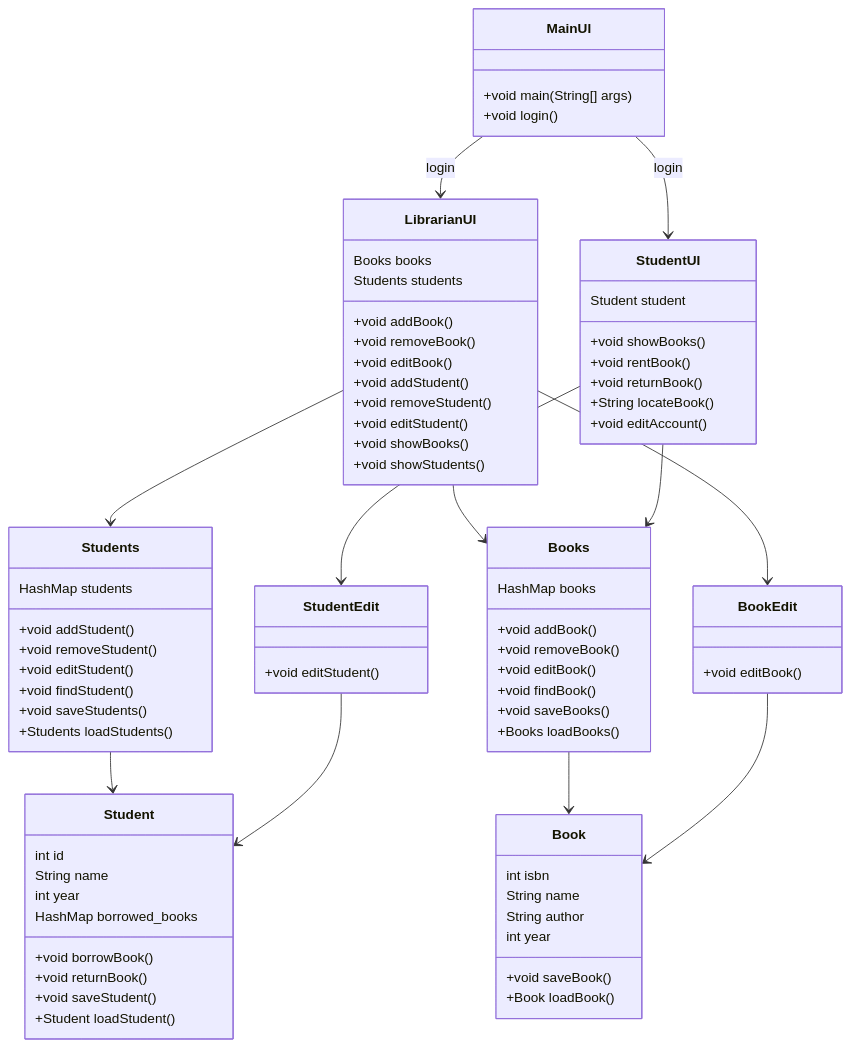
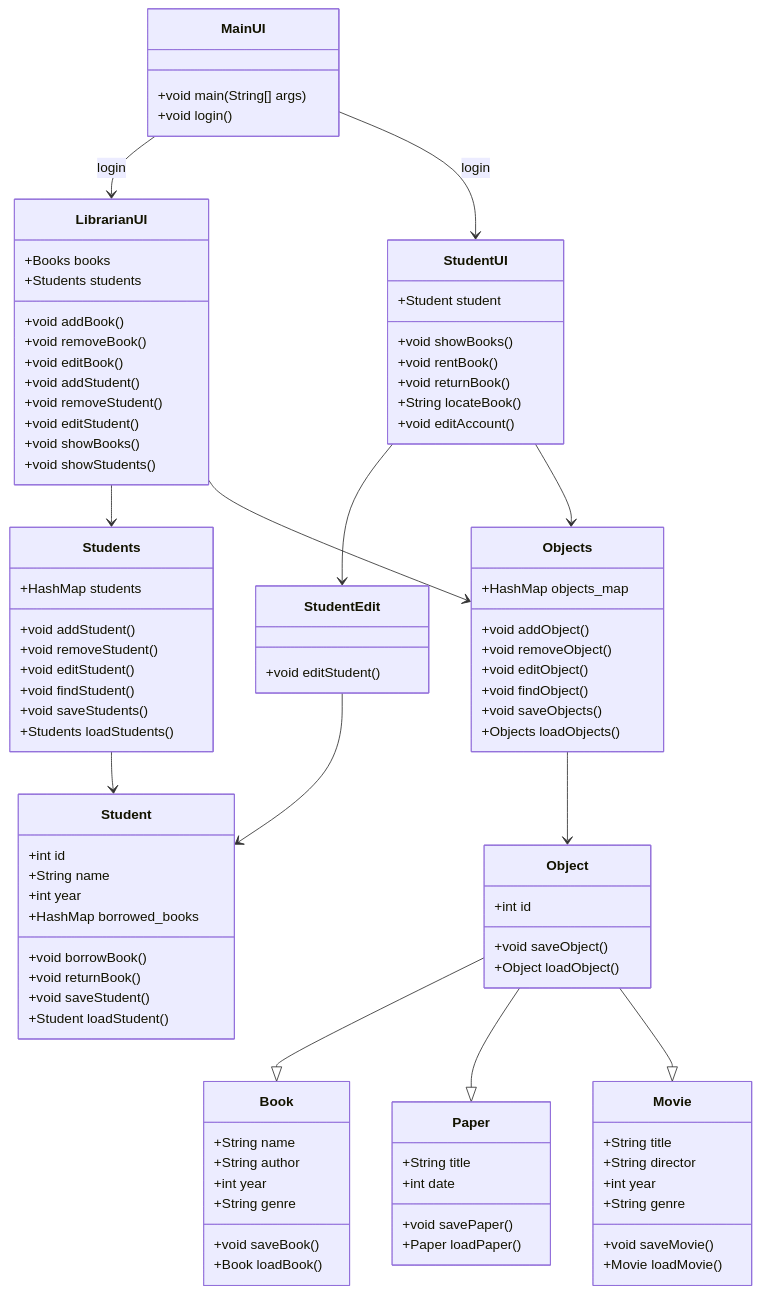
One commit to PatrykFlama/LibrarySystem changed the diagram in README.md. Above: the diagram before and after it, drawn with Mermaid. The commit also changed other lines of this file, not shown here.

````diff
--- a/README.md
+++ b/README.md
@@ -8,22 +12,23 @@
     MainUI --> LibrarianUI : login
     MainUI --> StudentUI : login
     LibrarianUI --> Students
-    LibrarianUI --> Books
-    Books --> Book
     StudentUI --> StudentEdit
-    StudentUI --> Books
     Students --> Student
     StudentEdit --> Student
-    LibrarianUI --> BookEdit
-    BookEdit --> Book
+    StudentUI --> Objects
+    LibrarianUI --> Objects
+    Objects --> Object
+    Object --|> Book
+    Object --|> Paper
+    Object --|> Movie
 
     class MainUI{
         +void main(String[] args)
         +void login()
     }
     class LibrarianUI{
-        Books books
-        Students students
+        +Books books
+        +Students students
 
         +void addBook()
         +void removeBook()
@@ -35,7 +40,7 @@
         +void showStudents()
     }
     class StudentUI{
-        Student student
+        +Student student
 
         +void showBooks()
         +void rentBook()
@@ -44,7 +49,7 @@
         +void editAccount()
     }
     class Students{
-        HashMap students
+        +HashMap students
 
         +void addStudent()
         +void removeStudent()
@@ -55,10 +60,10 @@
         +Students loadStudents()
     }
     class Student{
-        int id
-        String name
-        int year
-        HashMap borrowed_books
+        +int id
+        +String name
+        +int year
+        +HashMap borrowed_books
 
         +void borrowBook()
         +void returnBook()
@@ -66,30 +71,49 @@
         +void saveStudent()
         +Student loadStudent()
     }
-    class Books{
-        HashMap books
+    class StudentEdit{
+        +void editStudent()
+    }
+    class Objects{
+        +HashMap objects_map
 
-        +void addBook()
-        +void removeBook()
-        +void editBook()
-        +void findBook()
+        +void addObject()
+        +void removeObject()
+        +void editObject()
+        +void findObject()
 
-        +void saveBooks()
-        +Books loadBooks()
+        +void saveObjects()
+        +Objects loadObjects()
+    }
+    class Object{
+        +int id
+
+        +void saveObject()
+        +Object loadObject()
     }
     class Book{
-        int isbn
-        String name
-        String author
-        int year
+        +String name
+        +String author
+        +int year
+        +String genre
 
         +void saveBook()
         +Book loadBook()
     }
-    class StudentEdit{
-        +void editStudent()
+    class Paper{
+        +String title
+        +int date
+
+        +void savePaper()
+        +Paper loadPaper()
     }
-    class BookEdit{
-        +void editBook()
+    class Movie{
+        +String title
+        +String director
+        +int year
+        +String genre
+
+        +void saveMovie()
+        +Movie loadMovie()
     }
 ```
````
